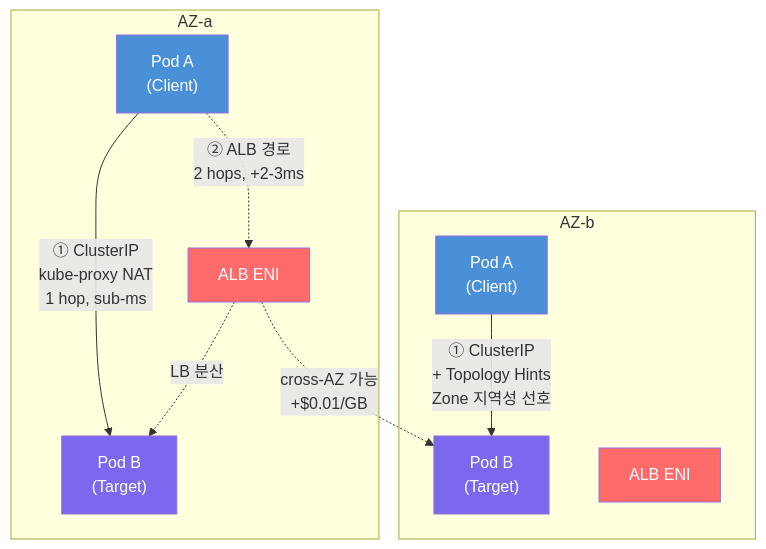
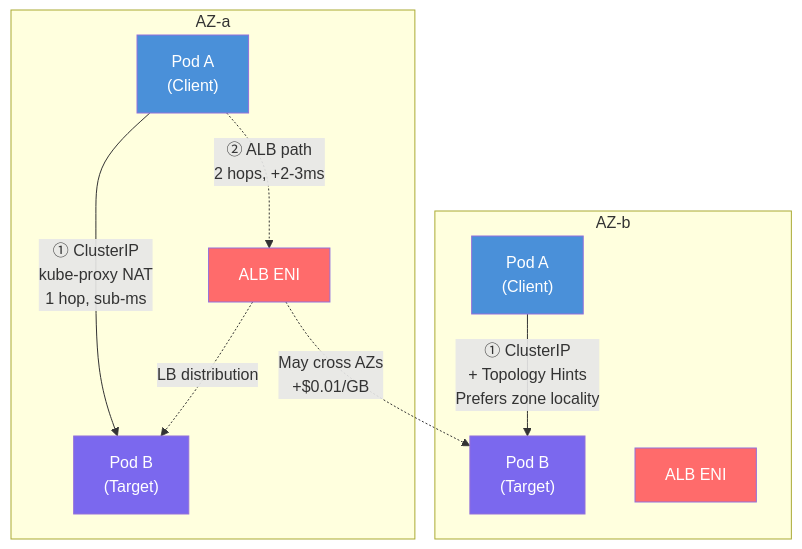
The first of 2 diagrams in docs/eks-best-practices/networking-performance/east-west-traffic-best-practice.md (devfloor9/engineering-playbook), drawn with Mermaid before and after one commit. The commit also changed other lines of this file and 954 other files, not shown here.

````diff
--- a/docs/eks-best-practices/networking-performance/east-west-traffic-best-practice.md
+++ b/docs/eks-best-practices/networking-performance/east-west-traffic-best-practice.md
@@ -98,28 +98,28 @@
 ```mermaid
 graph TB
     subgraph AZ_A["AZ-a"]
         PodA1["Pod A<br/>(Client)"]
         PodB1["Pod B<br/>(Target)"]
         ALB_ENI_A["ALB ENI"]
     end
 
     subgraph AZ_B["AZ-b"]
         PodA2["Pod A<br/>(Client)"]
         PodB2["Pod B<br/>(Target)"]
         ALB_ENI_B["ALB ENI"]
     end
 
     PodA1 -->|"① ClusterIP<br/>kube-proxy NAT<br/>1 hop, sub-ms"| PodB1
-    PodA1 -.->|"② ALB 경로<br/>2 hops, +2-3ms"| ALB_ENI_A
-    ALB_ENI_A -.->|"LB 분산"| PodB1
-    ALB_ENI_A -.->|"cross-AZ 가능<br/>+$0.01/GB"| PodB2
+    PodA1 -.->|"② ALB path<br/>2 hops, +2-3ms"| ALB_ENI_A
+    ALB_ENI_A -.->|"LB distribution"| PodB1
+    ALB_ENI_A -.->|"May cross AZs<br/>+$0.01/GB"| PodB2
 
-    PodA2 -->|"① ClusterIP<br/>+ Topology Hints<br/>Zone 지역성 선호"| PodB2
+    PodA2 -->|"① ClusterIP<br/>+ Topology Hints<br/>Prefers zone locality"| PodB2
 
     style PodA1 fill:#4A90D9,color:#fff
     style PodA2 fill:#4A90D9,color:#fff
     style PodB1 fill:#7B68EE,color:#fff
     style PodB2 fill:#7B68EE,color:#fff
     style ALB_ENI_A fill:#FF6B6B,color:#fff
     style ALB_ENI_B fill:#FF6B6B,color:#fff
 ```
````
